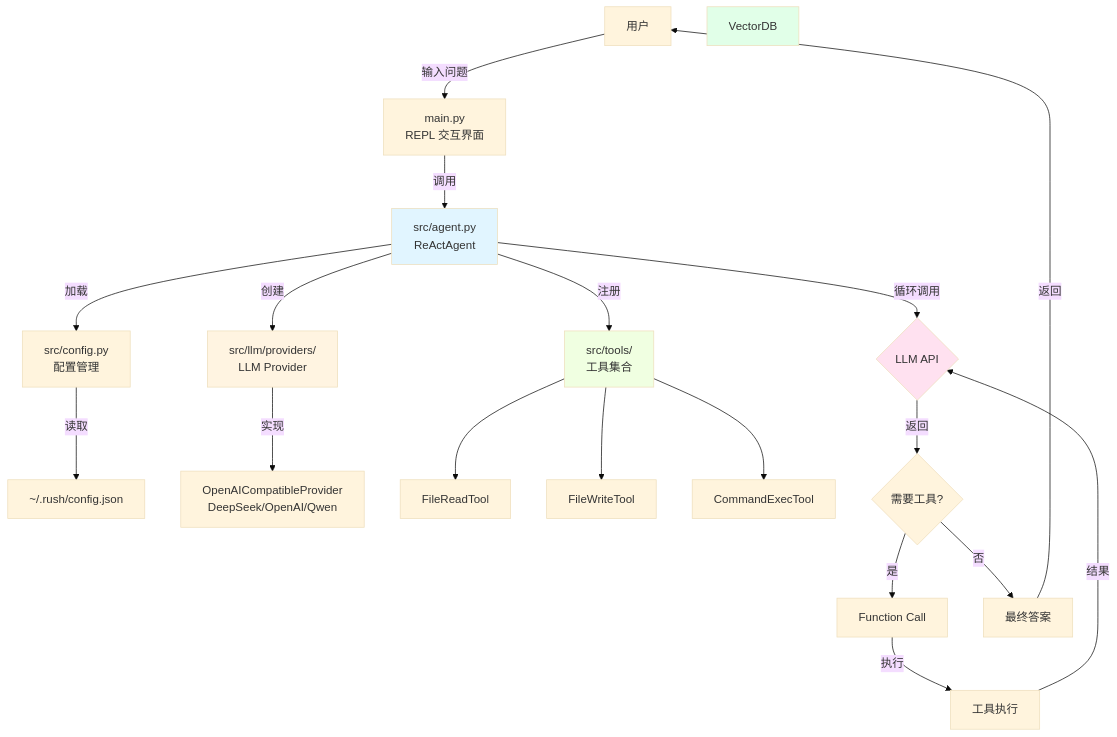
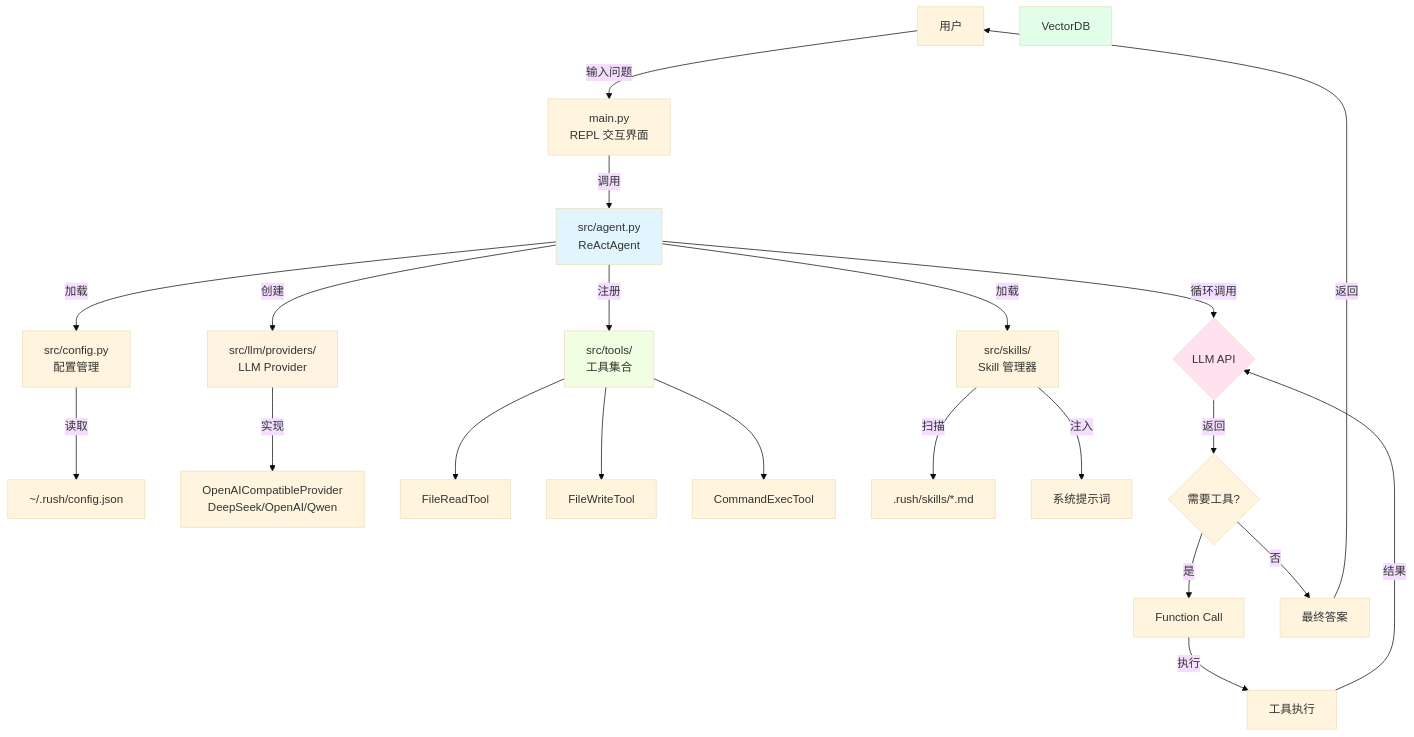
Before and after one commit to LukeLi-7/rush: the first of 2 diagrams in README.md, drawn with Mermaid (base theme). The commit also changed other lines of this file and 6 other files, not shown here.

First line of the commit message:
feat(agent): 添加 Agent Skills 功能支持

````diff
--- a/README.md
+++ b/README.md
@@ -153,32 +367,36 @@
 ```mermaid
 graph TB
     User[用户] -->|输入问题| Main[main.py<br/>REPL 交互界面]
     Main -->|调用| Agent[src/agent.py<br/>ReActAgent]
     
     Agent -->|加载| Config[src/config.py<br/>配置管理]
     Config -->|读取| ConfigFile[~/.rush/config.json]
     
     Agent -->|创建| Provider[src/llm/providers/<br/>LLM Provider]
     Provider -->|实现| OpenAICompat[OpenAICompatibleProvider<br/>DeepSeek/OpenAI/Qwen]
     
     Agent -->|注册| Tools[src/tools/<br/>工具集合]
     Tools --> FileRead[FileReadTool]
     Tools --> FileWrite[FileWriteTool]
     Tools --> CommandExec[CommandExecTool]
+    
+    Agent -->|加载| Skills[src/skills/<br/>Skill 管理器]
+    Skills -->|扫描| SkillFiles[.rush/skills/*.md]
+    Skills -->|注入| SysPrompt[系统提示词]
     
     Agent -->|循环调用| LLM{LLM API}
     LLM -->|返回| Decision{需要工具?}
     
     Decision -->|是| ToolCall[Function Call]
     ToolCall -->|执行| ToolExec[工具执行]
     ToolExec -->|结果| LLM
     
     Decision -->|否| FinalAnswer[最终答案]
     FinalAnswer -->|返回| User
     
     style Agent fill:#e1f5ff
     style Provider fill:#fff4e1
     style VectorDB fill:#e1ffe8
     style Tools fill:#f0ffe1
     style LLM fill:#ffe1f0
 ```
````
